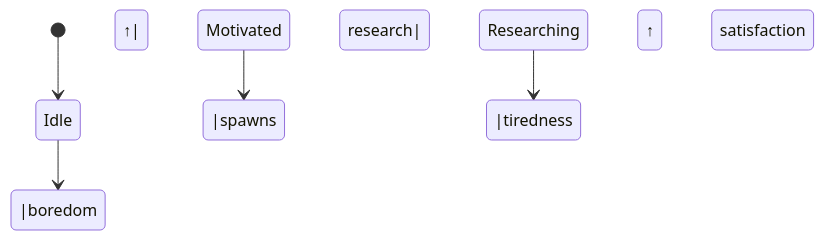
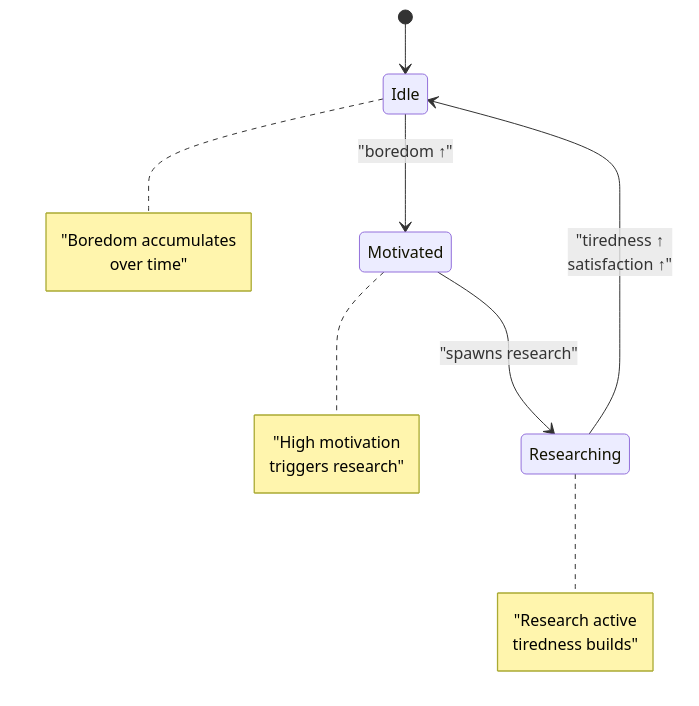
The diagram in docs/research_engine.md (glicerico/researcher-prototype), drawn with Mermaid before and after one commit.

````diff
--- a/docs/research_engine.md
+++ b/docs/research_engine.md
@@ -21,7 +21,11 @@
 ```mermaid
 stateDiagram-v2
     [*] --> Idle
-    Idle -->|boredom ↑| Motivated
-    Motivated -->|spawns research| Researching
-    Researching -->|tiredness ↑ satisfaction ↑| Idle
+    Idle --> Motivated : "boredom ↑"
+    Motivated --> Researching : "spawns research"
+    Researching --> Idle : "tiredness ↑<br/>satisfaction ↑"
+    
+    note right of Idle : "Boredom accumulates<br/>over time"
+    note right of Motivated : "High motivation<br/>triggers research"
+    note right of Researching : "Research active<br/>tiredness builds"
 ```
````
